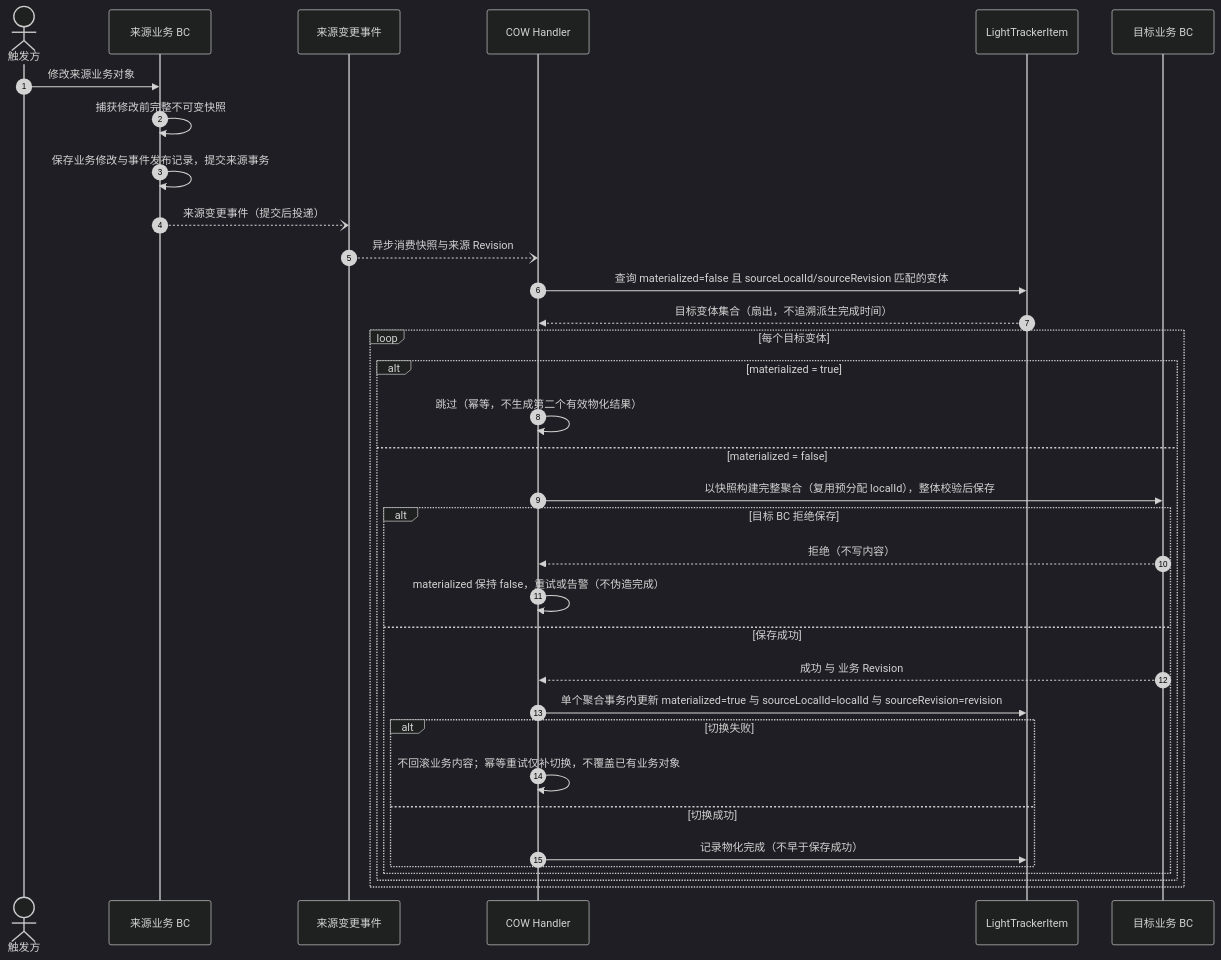
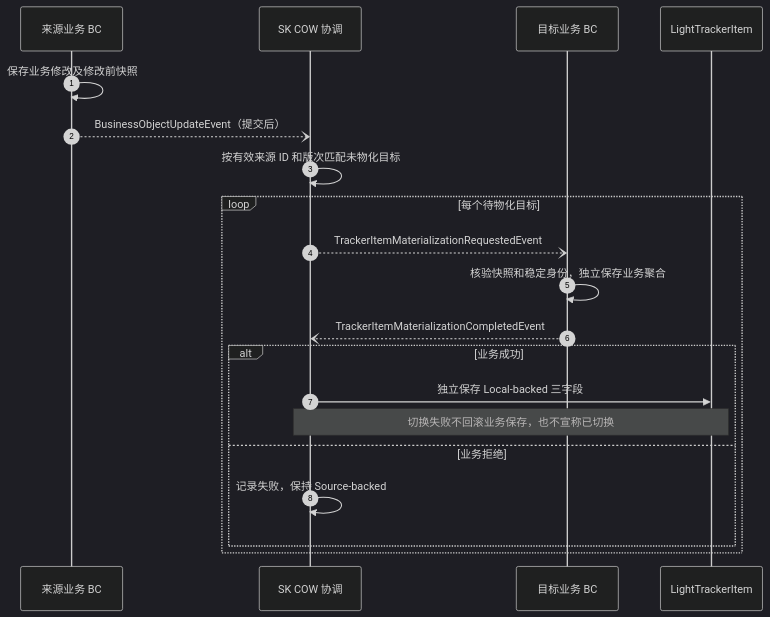
One commit to Greytrack/ddd-workingset changed the second of 2 diagrams in docs/working-set/diagrams/lighttrackeritem-materialization.md. Above: the diagram before and after it, drawn with Mermaid (dark theme). The commit also changed other lines of this file and 40 other files, not shown here.

````diff
--- a/docs/working-set/diagrams/lighttrackeritem-materialization.md
+++ b/docs/working-set/diagrams/lighttrackeritem-materialization.md
@@ -44,39 +44,22 @@
 ```mermaid
 sequenceDiagram
     autonumber
-    actor U as 触发方
     participant SRC as 来源业务 BC
-    participant EV as 来源变更事件
-    participant H as COW Handler
+    participant SK as SK COW 协调
+    participant TBC as 目标业务 BC
     participant LTI as LightTrackerItem
-    participant TBC as 目标业务 BC
-
-    U->>SRC: 修改来源业务对象
-    SRC->>SRC: 捕获修改前完整不可变快照
-    SRC->>SRC: 保存业务修改与事件发布记录，提交来源事务
-    SRC--)EV: 来源变更事件（提交后投递）
-    EV--)H: 异步消费快照与来源 Revision
-
-    H->>LTI: 查询 materialized=false 且 sourceLocalId/sourceRevision 匹配的变体
-    LTI-->>H: 目标变体集合（扇出，不追溯派生完成时间）
-
-    loop 每个目标变体
-        alt materialized = true
-            H->>H: 跳过（幂等，不生成第二个有效物化结果）
-        else materialized = false
-            H->>TBC: 以快照构建完整聚合（复用预分配 localId），整体校验后保存
-            alt 目标 BC 拒绝保存
-                TBC-->>H: 拒绝（不写内容）
-                H->>H: materialized 保持 false，重试或告警（不伪造完成）
-            else 保存成功
-                TBC-->>H: 成功 与 业务 Revision
-                H->>LTI: 单个聚合事务内更新 materialized=true 与 sourceLocalId=localId 与 sourceRevision=revision
-                alt 切换失败
-                    H->>H: 不回滚业务内容；幂等重试仅补切换，不覆盖已有业务对象
-                else 切换成功
-                    H->>LTI: 记录物化完成（不早于保存成功）
-                end
-            end
+    SRC->>SRC: 保存业务修改及修改前快照
+    SRC--)SK: BusinessObjectUpdateEvent（提交后）
+    SK->>SK: 按有效来源 ID 和版次匹配未物化目标
+    loop 每个待物化目标
+        SK--)TBC: TrackerItemMaterializationRequestedEvent
+        TBC->>TBC: 核验快照和稳定身份，独立保存业务聚合
+        TBC--)SK: TrackerItemMaterializationCompletedEvent
+        alt 业务成功
+            SK->>LTI: 独立保存 Local-backed 三字段
+            Note over SK,LTI: 切换失败不回滚业务保存，也不宣称已切换
+        else 业务拒绝
+            SK->>SK: 记录失败，保持 Source-backed
         end
     end
 ```
````
